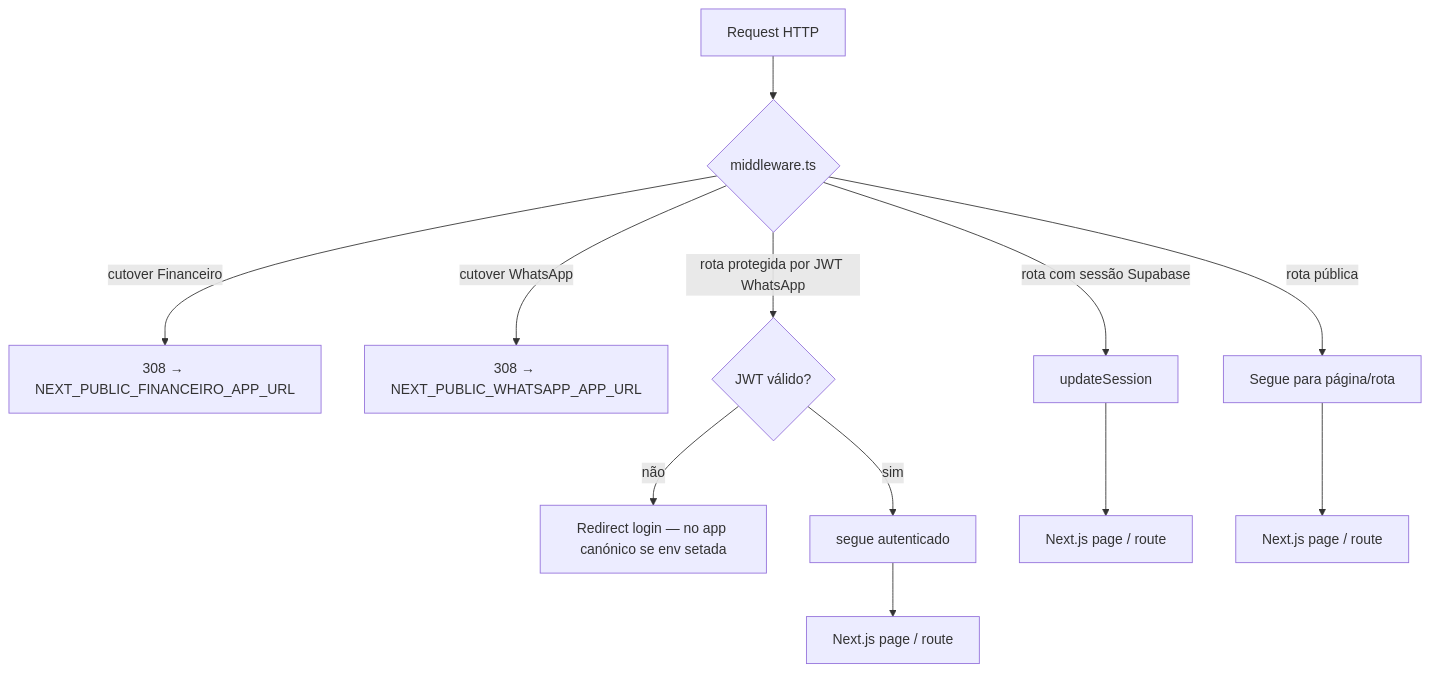
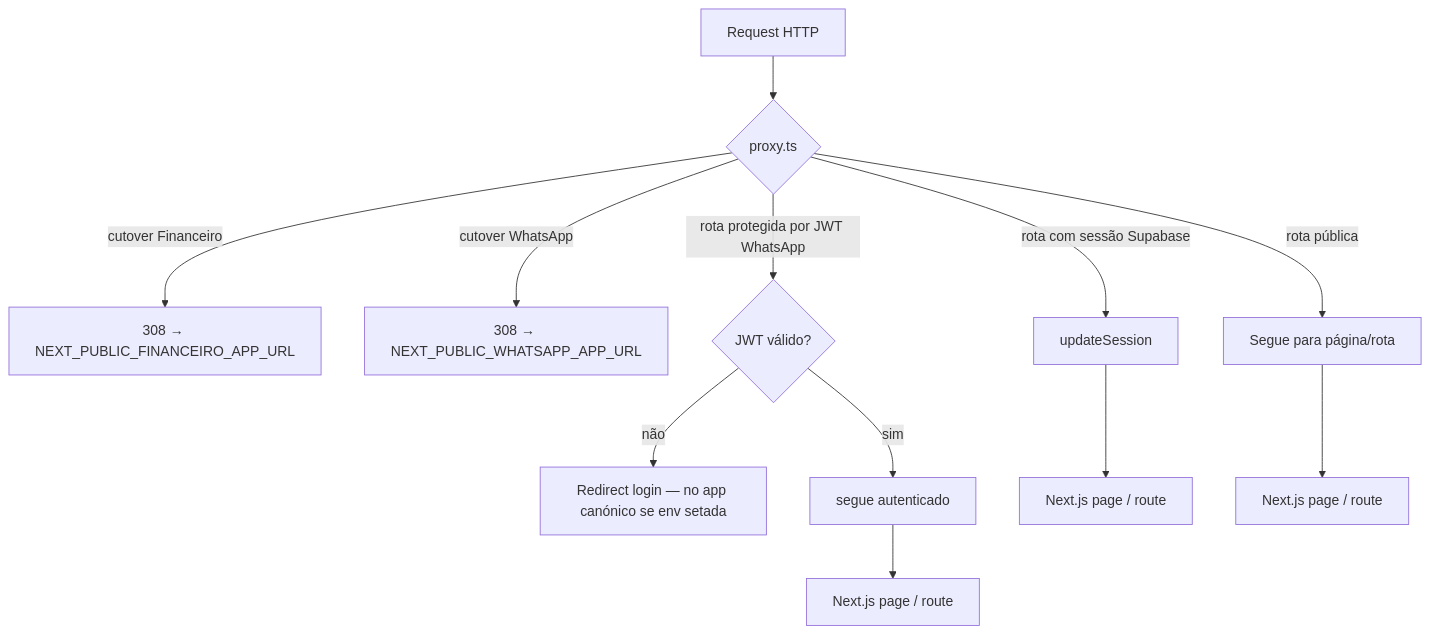
One commit to devflow-modules/devflow changed the first of 6 diagrams in docs/ecossistema/FLUXOGRAMA-DEVFLOW.md. Above: the diagram before and after it, drawn with Mermaid. The commit also changed other lines of this file and 80 other files, not shown here.

````diff
--- a/docs/ecossistema/FLUXOGRAMA-DEVFLOW.md
+++ b/docs/ecossistema/FLUXOGRAMA-DEVFLOW.md
@@ -12,17 +12,17 @@
 ```mermaid
 flowchart TD
-  REQ[Request HTTP] --> MW{middleware.ts}
+  REQ[Request HTTP] --> MW{proxy.ts}
 
   MW -->|cutover Financeiro| FIN308[308 → NEXT_PUBLIC_FINANCEIRO_APP_URL]
   MW -->|cutover WhatsApp| WA308[308 → NEXT_PUBLIC_WHATSAPP_APP_URL]
   MW -->|rota pública| PUB[Segue para página/rota]
   MW -->|rota protegida por JWT WhatsApp| JWT{JWT válido?}
   MW -->|rota com sessão Supabase| SB[updateSession]
 
   JWT -->|não| LOGIN[Redirect login — no app canónico se env setada]
   JWT -->|sim| JWT_OK[segue autenticado]
 
   SB --> NEXT_SB[Next.js page / route]
   PUB --> NEXT_PUB[Next.js page / route]
   JWT_OK --> NEXT_JWT[Next.js page / route]
 ```
````
